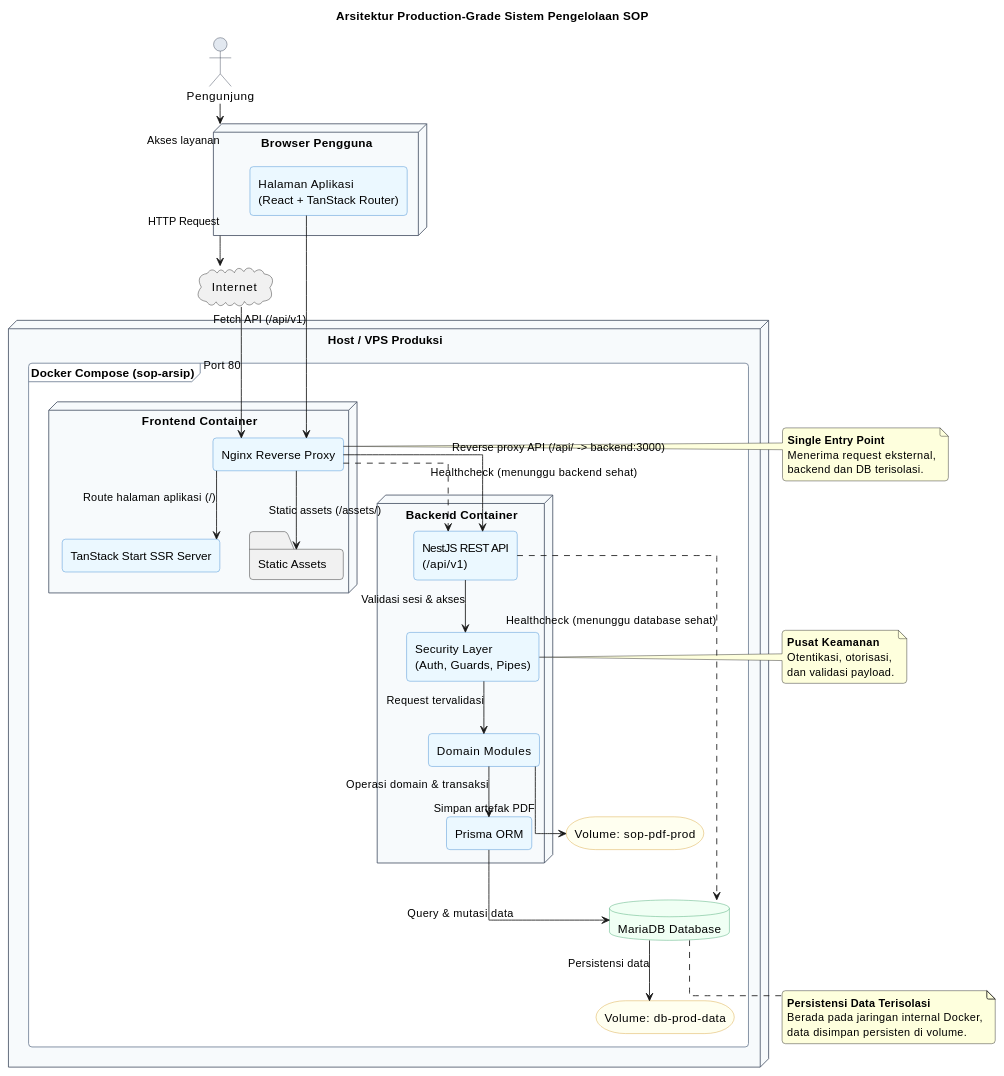
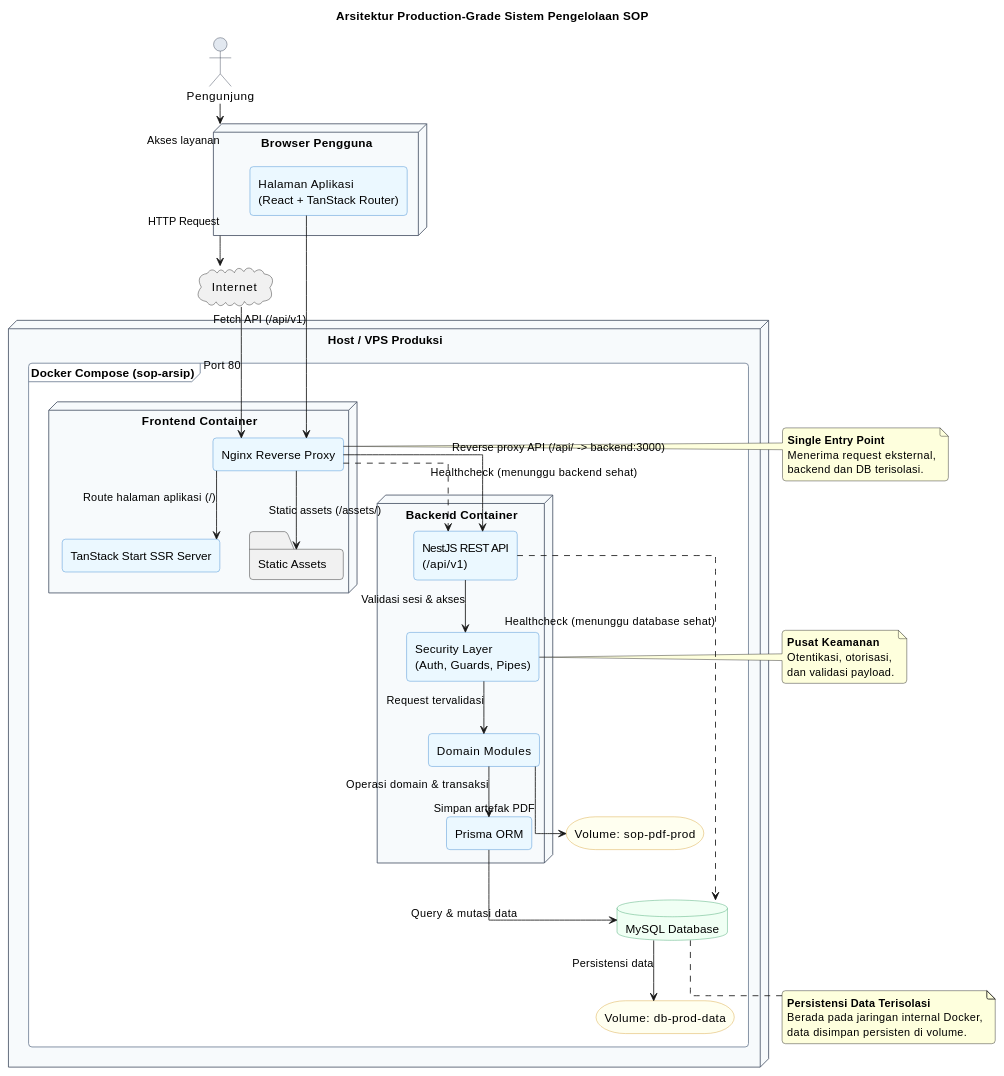
The first of 3 diagrams in docs/arsitektur-sistem.md (howlil/sop-generate-app), drawn with PlantUML before and after one commit. The commit also changed other lines of this file and 31 other files, not shown here.

```diff
--- a/docs/arsitektur-sistem.md
+++ b/docs/arsitektur-sistem.md
@@ -77,7 +77,7 @@
       component "Prisma ORM" as PrismaOrm
     }
 
-    database "MariaDB Database" as MariaDb
+    database "MySQL Database" as MySQL
 
     storage "Volume: db-prod-data" as DbVolume
     storage "Volume: sop-pdf-prod" as PdfVolume
@@ -97,13 +97,13 @@
 NestApi --> BackendSecurity : Validasi sesi & akses
 BackendSecurity --> DomainModules : Request tervalidasi
 DomainModules --> PrismaOrm : Operasi domain & transaksi
-PrismaOrm --> MariaDb : Query & mutasi data
+PrismaOrm --> MySQL : Query & mutasi data
 
 DomainModules --> PdfVolume : Simpan artefak PDF
-MariaDb --> DbVolume : Persistensi data
+MySQL --> DbVolume : Persistensi data
 
 Nginx ..> NestApi : Healthcheck (menunggu backend sehat)
-NestApi ..> MariaDb : Healthcheck (menunggu database sehat)
+NestApi ..> MySQL : Healthcheck (menunggu database sehat)
 
 note right of Nginx
   <b>Single Entry Point</b>
@@ -117,7 +117,7 @@
   dan validasi payload.
 end note
 
-note bottom of MariaDb
+note bottom of MySQL
   <b>Persistensi Data Terisolasi</b>
   Berada pada jaringan internal Docker,
   data disimpan persisten di volume.
```
